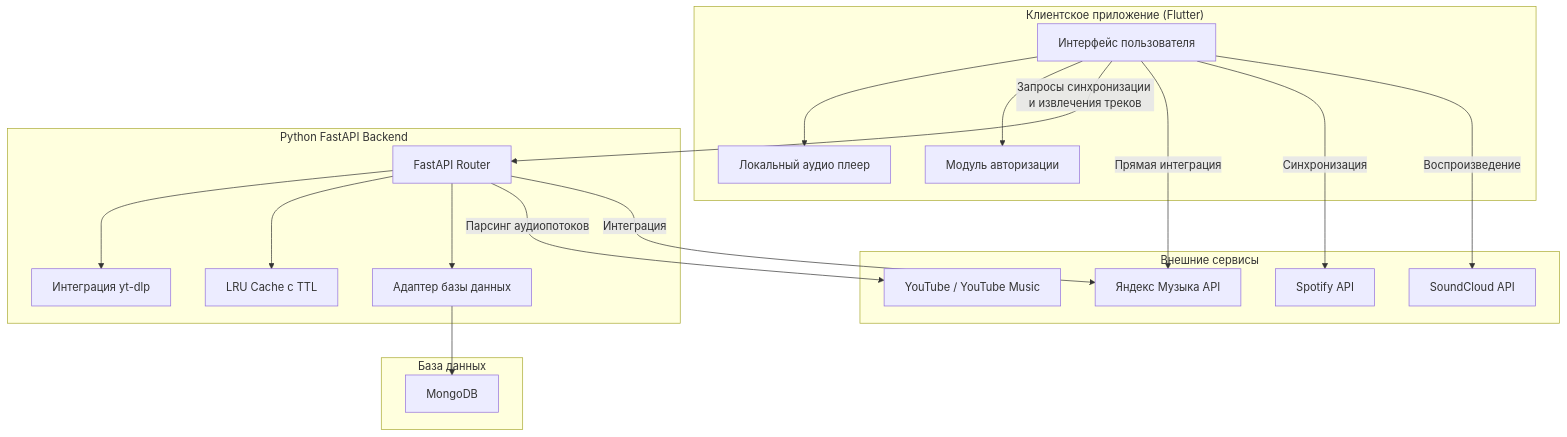
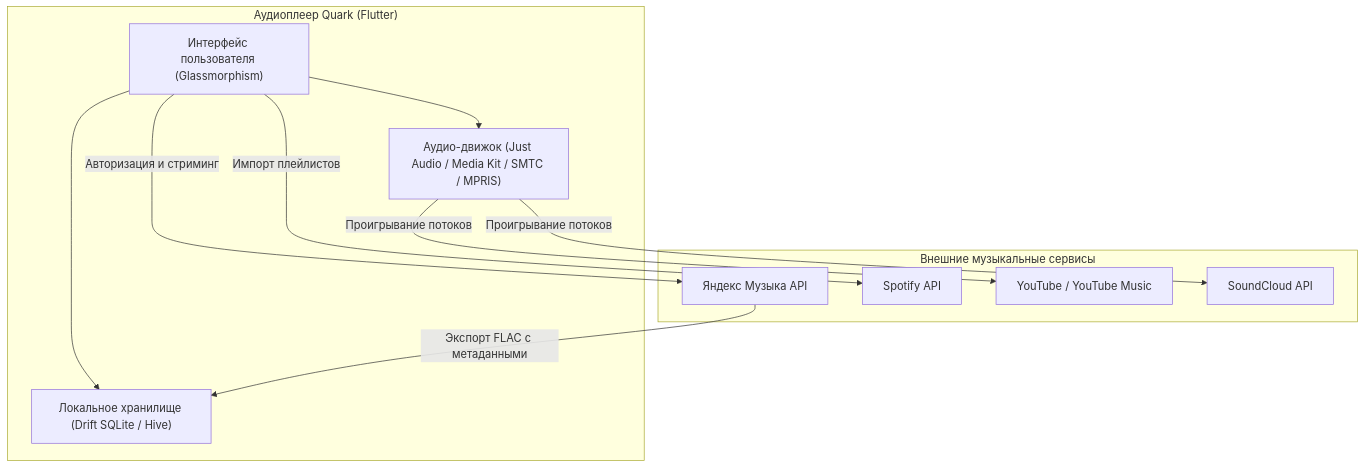
The diagram in README.md (GXUser7/quark), drawn with Mermaid before and after one commit. The commit also changed other lines of this file, not shown here.

Commit message:
docs: simplify architecture, remove python API references, and add detailed setup guides in README.md

````diff
--- a/README.md
+++ b/README.md
@@ -9,41 +9,24 @@
 ```mermaid
 graph TD
-    subgraph Client ["Клиентское приложение (Flutter)"]
-        UI["Интерфейс пользователя"]
-        LocalPlayer["Локальный аудио плеер"]
-        AuthModule["Модуль авторизации"]
+    subgraph Client ["Аудиоплеер Quark (Flutter)"]
+        UI["Интерфейс пользователя (Glassmorphism)"]
+        Engine["Аудио-движок (Just Audio / Media Kit / SMTC / MPRIS)"]
+        Storage["Локальное хранилище (Drift SQLite / Hive)"]
     end
 
-    subgraph Backend ["Python FastAPI Backend"]
-        API["FastAPI Router"]
-        YTDLP["Интеграция yt-dlp"]
-        Cache["LRU Cache с TTL"]
-        DB_Adapter["Адаптер базы данных"]
-    end
-
-    subgraph Database ["База данных"]
-        MongoDB["MongoDB"]
-    end
-
-    subgraph External ["Внешние сервисы"]
+    subgraph External ["Внешние музыкальные сервисы"]
         YM["Яндекс Музыка API"]
         SP["Spotify API"]
         YT["YouTube / YouTube Music"]
         SC["SoundCloud API"]
     end
 
-    UI --> LocalPlayer
-    UI --> AuthModule
+    UI --> Engine
+    UI --> Storage
 
-    UI -->|Запросы синхронизации и извлечения треков| API
-    API --> YTDLP
-    API --> Cache
-    API --> DB_Adapter
-    DB_Adapter --> MongoDB
-
-    UI -->|Прямая интеграция| YM
-    UI -->|Синхронизация| SP
-    API -->|Парсинг аудиопотоков| YT
-    API -->|Интеграция| YM
-    UI -->|Воспроизведение| SC
+    UI -->|Авторизация и стриминг| YM
+    UI -->|Импорт плейлистов| SP
+    Engine -->|Проигрывание потоков| YT
+    Engine -->|Проигрывание потоков| SC
+    YM -->|Экспорт FLAC с метаданными| Storage
 ```
````
